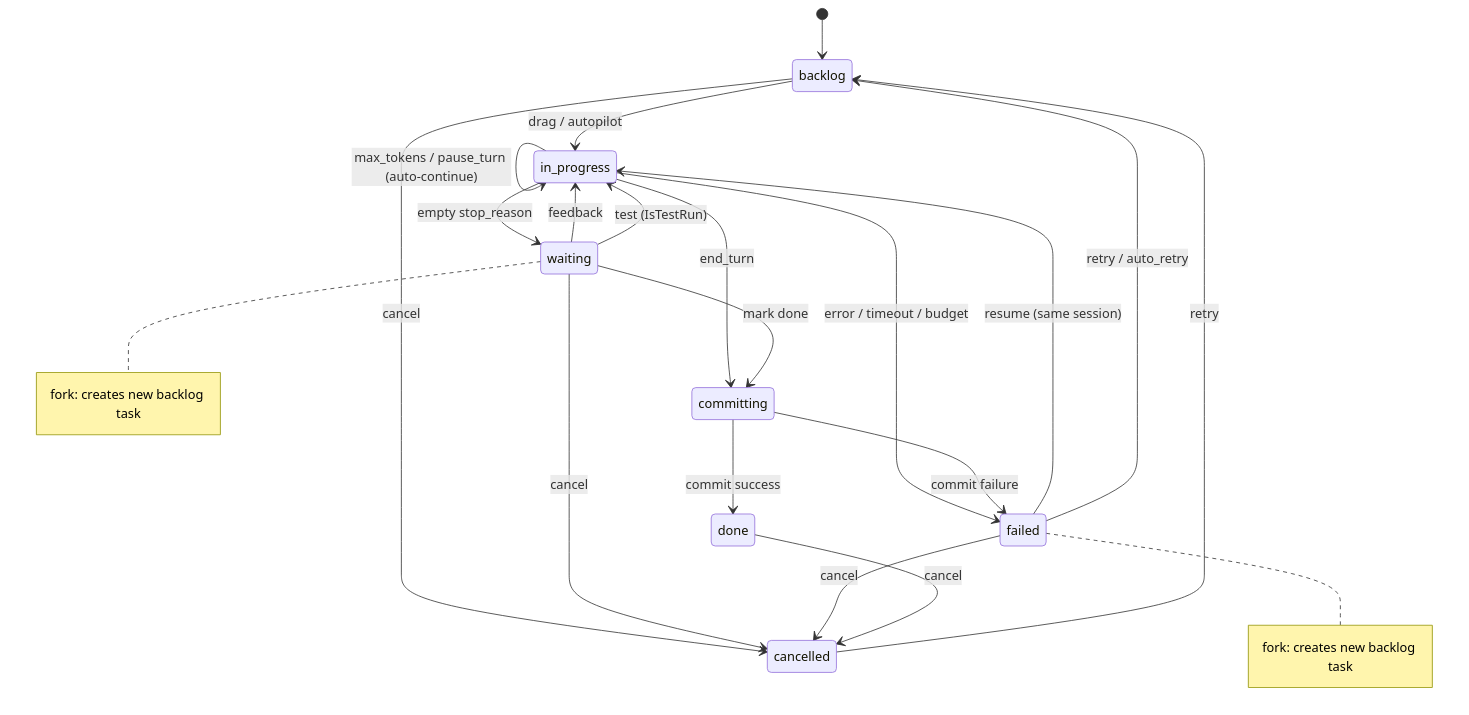
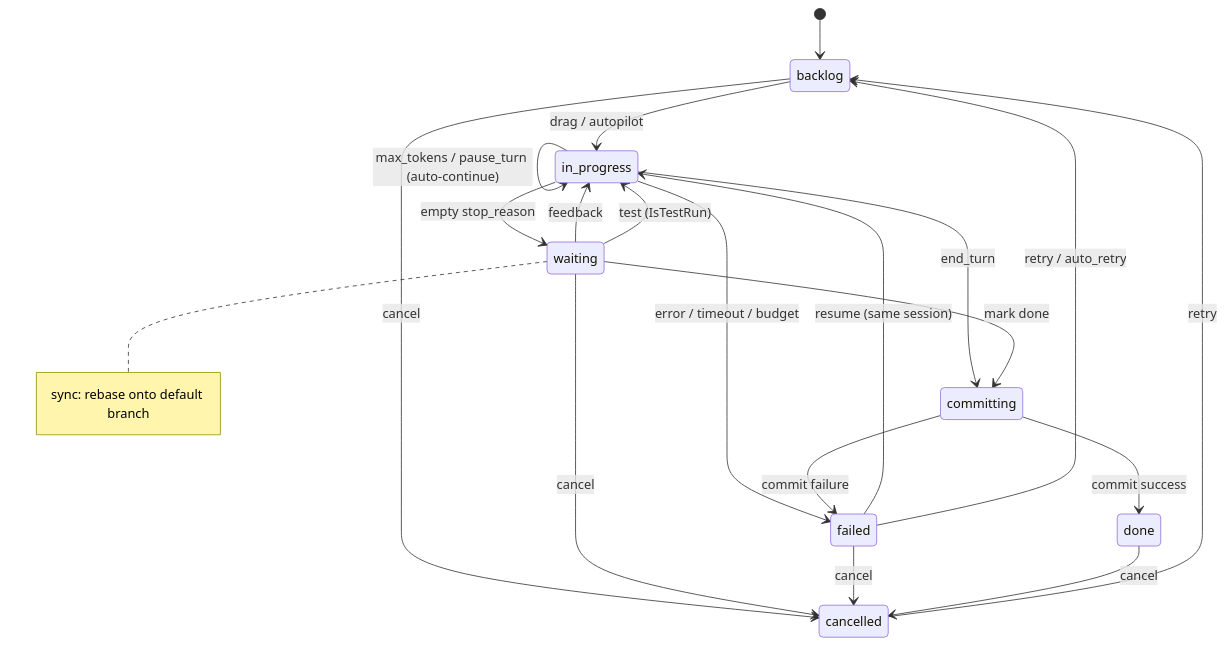
One commit to changkun/wallfacer changed the second of 4 diagrams in docs/internals/architecture.md. Above: the diagram before and after it, drawn with Mermaid. The commit also changed 24 other files, not shown here.

First line of the commit message:
remove fork task feature

````diff
--- a/docs/internals/architecture.md
+++ b/docs/internals/architecture.md
@@ -49,34 +49,31 @@
 ```mermaid
 stateDiagram-v2
     [*] --> backlog
 
     backlog --> in_progress : drag / autopilot
     backlog --> cancelled : cancel
 
     in_progress --> in_progress : max_tokens / pause_turn (auto-continue)
     in_progress --> committing : end_turn
     in_progress --> waiting : empty stop_reason
     in_progress --> failed : error / timeout / budget
 
     committing --> done : commit success
     committing --> failed : commit failure
 
     waiting --> in_progress : feedback
     waiting --> in_progress : test (IsTestRun)
     waiting --> committing : mark done
     waiting --> cancelled : cancel
 
     failed --> in_progress : resume (same session)
     failed --> backlog : retry / auto_retry
     failed --> cancelled : cancel
 
     done --> cancelled : cancel
     cancelled --> backlog : retry
 
     note right of waiting
-        fork: creates new backlog task
-    end note
-    note right of failed
-        fork: creates new backlog task
+        sync: rebase onto default branch
     end note
 ```
````
